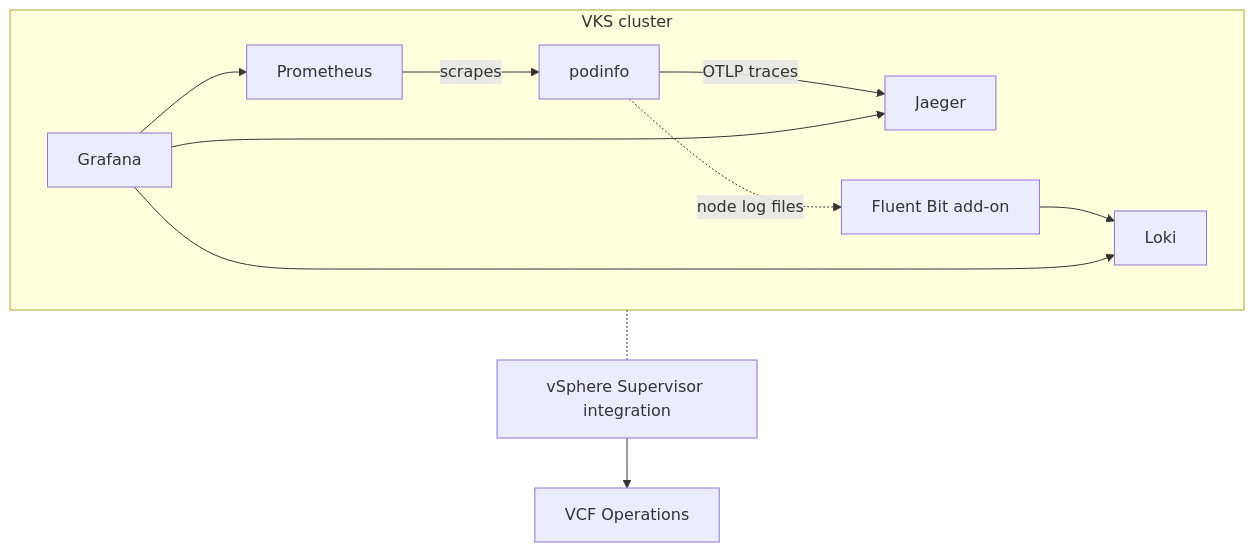
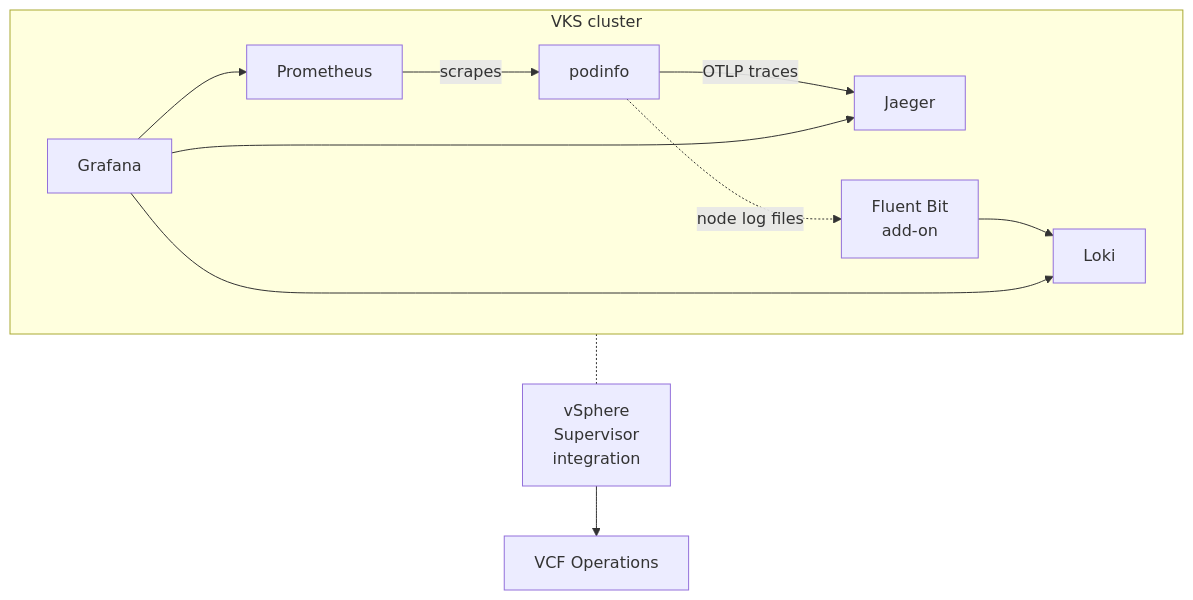
Before and after one commit to AndriyKalashnykov/vks-guides: the diagram in docs/OBSERVABILITY.md, drawn with Mermaid.

Commit message:
docs: OBSERVABILITY.md diagram labels wrap so GitHub does not clip them (#40)

````diff
--- a/docs/OBSERVABILITY.md
+++ b/docs/OBSERVABILITY.md
@@ -26,10 +26,10 @@
 ```mermaid
 flowchart TB
   subgraph cluster["VKS cluster"]
     app["podinfo"] -- "OTLP traces" --> jaeger["Jaeger"]
-    app -. "node log files" .-> fb["Fluent Bit add-on"] --> loki["Loki"]
+    app -. "node log files" .-> fb["Fluent Bit<br>add-on"] --> loki["Loki"]
     prom["Prometheus"] -- "scrapes" --> app
     grafana["Grafana"] --> prom & loki & jaeger
   end
-  cluster -.- sup["vSphere Supervisor integration"] --> ops["VCF Operations"]
+  cluster -.- sup["vSphere<br>Supervisor<br>integration"] --> ops["VCF Operations"]
 ```
````
